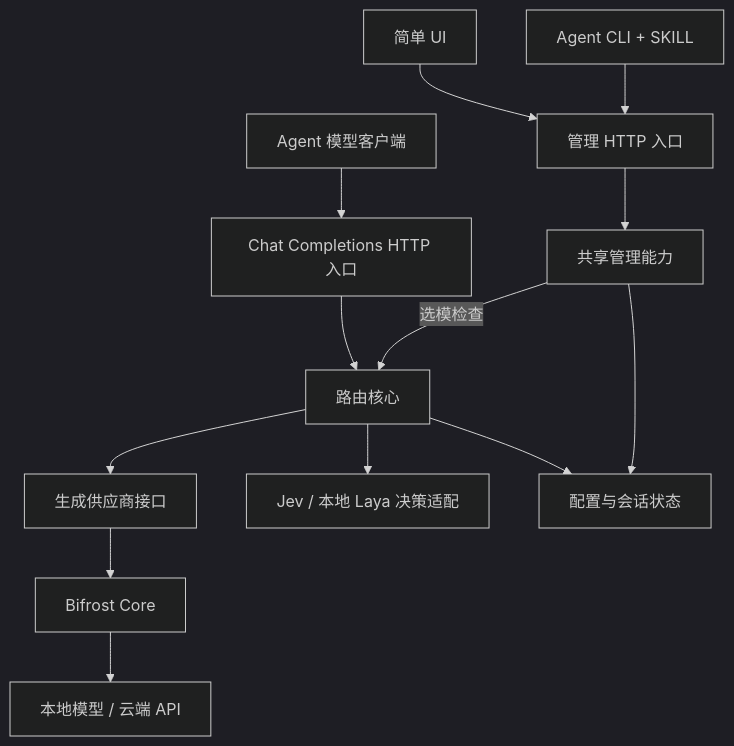
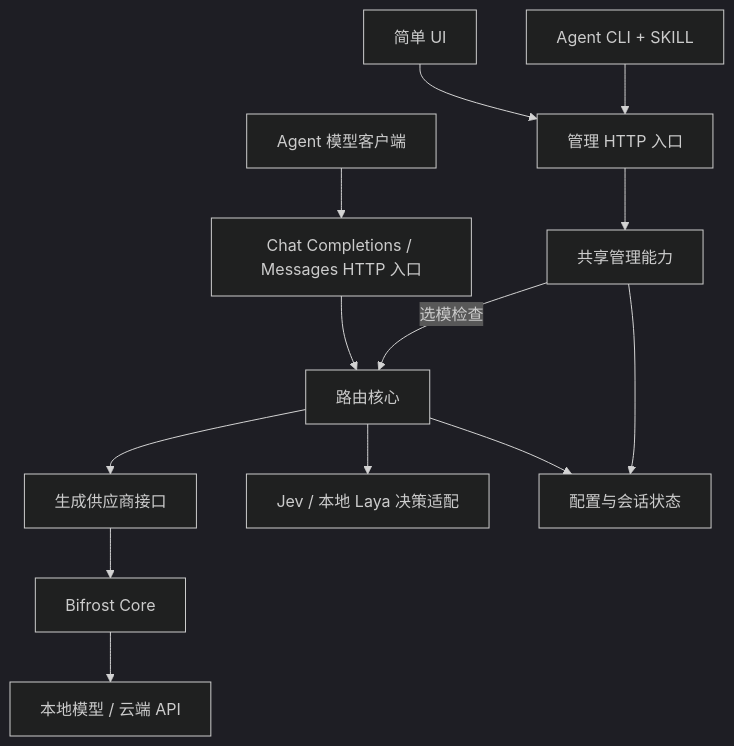
The diagram in docs/architecture.md (zerone-agents/jev-model-router), drawn with Mermaid (dark theme) before and after one commit. The commit also changed other lines of this file and 23 other files, not shown here.

````diff
--- a/docs/architecture.md
+++ b/docs/architecture.md
@@ -9,15 +9,15 @@
 ```mermaid
 flowchart TD
-    A[Agent 模型客户端] --> H[Chat Completions HTTP 入口]
+    A[Agent 模型客户端] --> H[Chat Completions / Messages HTTP 入口]
     H --> R[路由核心]
     C[Agent CLI + SKILL] --> MH[管理 HTTP 入口]
     U[简单 UI] --> MH[管理 HTTP 入口]
     MH --> M[共享管理能力]
     M --> S[配置与会话状态]
     M -->|选模检查| R
     R --> S
     R --> D[Jev / 本地 Laya 决策适配]
     R --> P[生成供应商接口]
     P --> B[Bifrost Core]
     B --> G[本地模型 / 云端 API]
 ```
````
